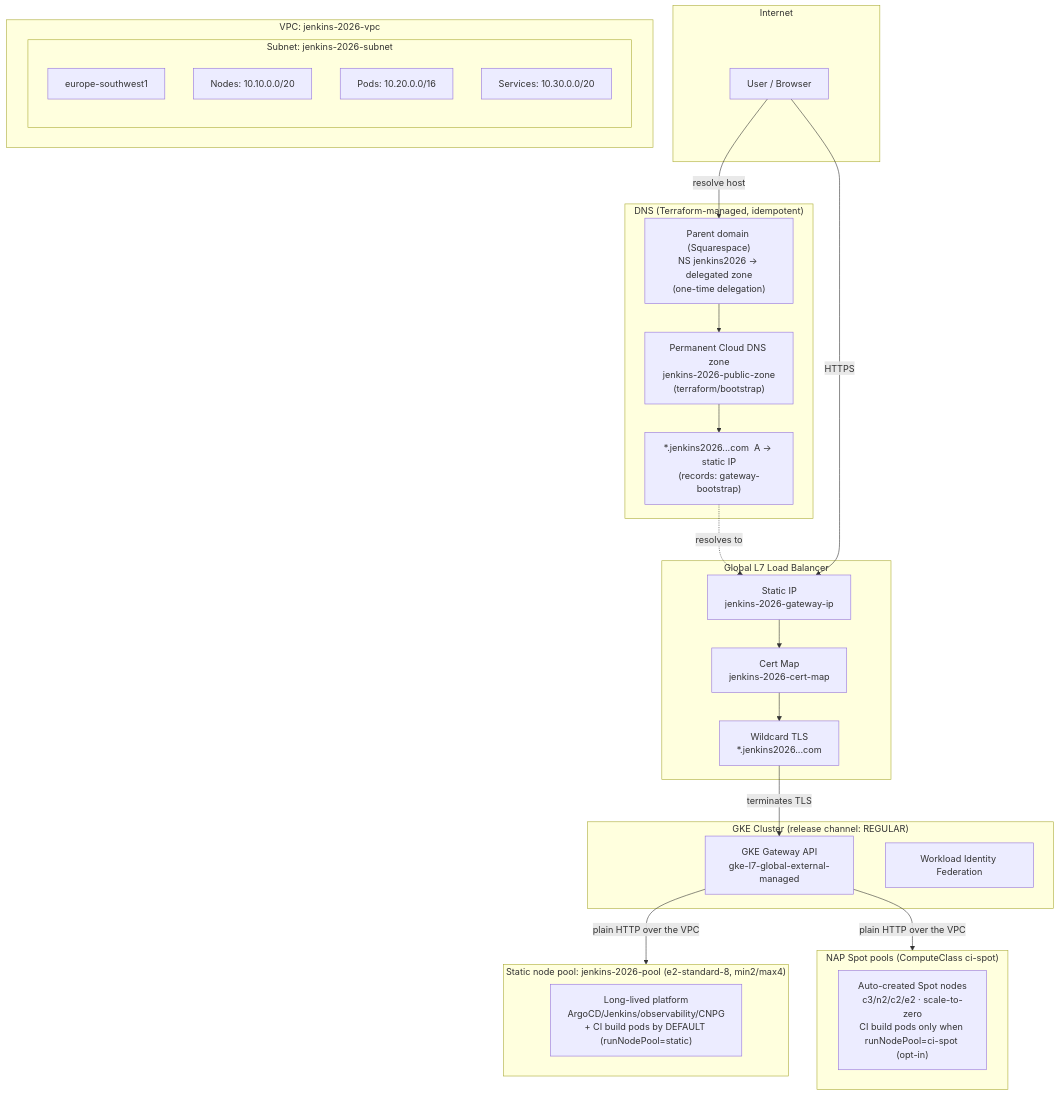
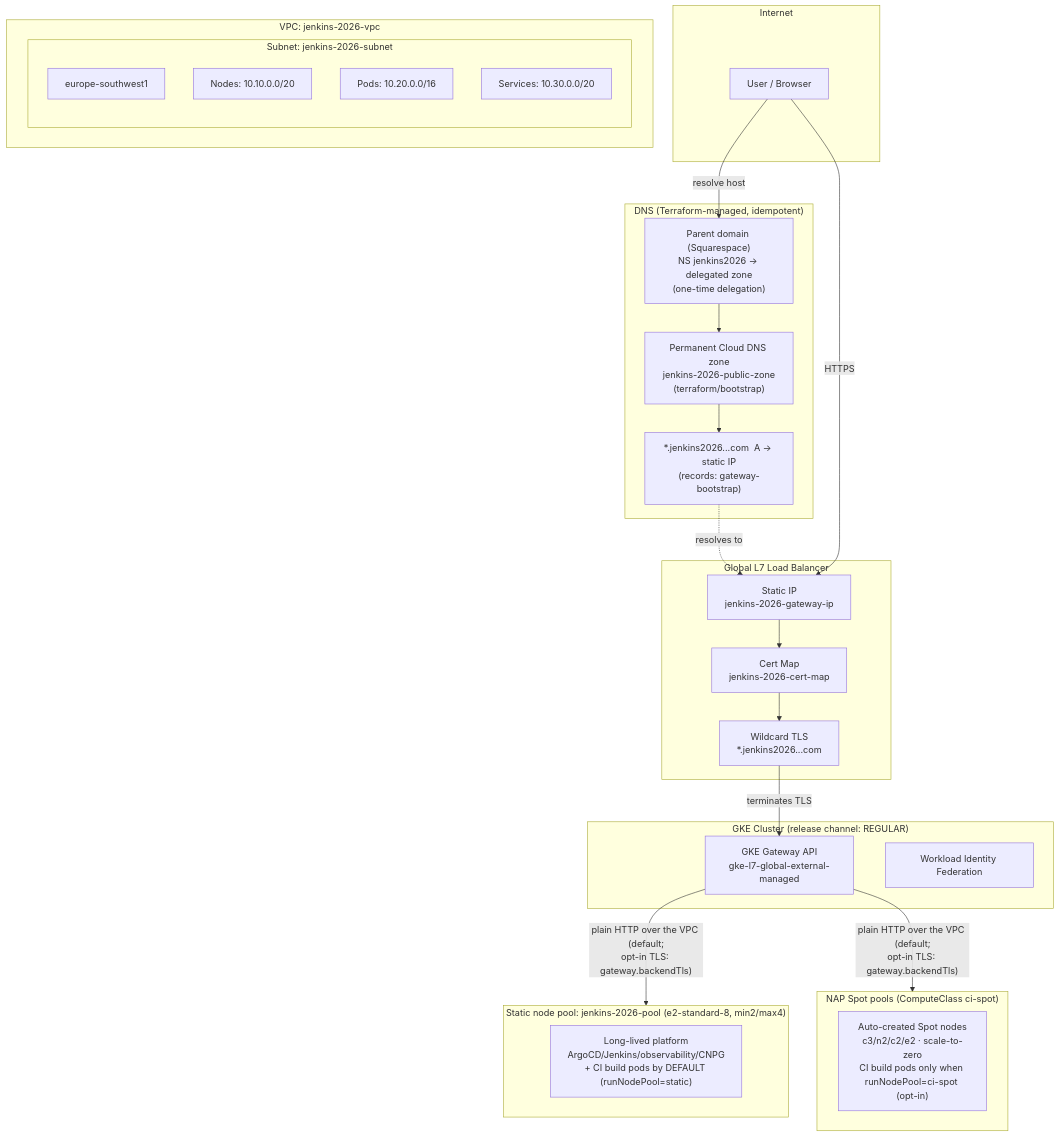
Diagram 11 of 11 in docs/201-ARCHITECTURE.md (nubenetes/jenkins-2026), drawn with Mermaid before and after one commit. The commit also changed other lines of this file and 21 other files, not shown here.

First line of the commit message:
feat(gateway): opt-in backend TLS — LB→pod re-encryption via cert-manager + BackendTLSPolicy (stage 1: Headlamp) (#554)

````diff
--- a/docs/201-ARCHITECTURE.md
+++ b/docs/201-ARCHITECTURE.md
@@ -1034,50 +1036,50 @@
 ```mermaid
 graph TD
     subgraph Internet ["Internet"]
         User["User / Browser"]
     end
 
     subgraph DNS ["DNS (Terraform-managed, idempotent)"]
         ParentNS["Parent domain (Squarespace)<br/>NS jenkins2026 → delegated zone<br/>(one-time delegation)"]
         Zone["Permanent Cloud DNS zone<br/>jenkins-2026-public-zone<br/>(terraform/bootstrap)"]
         WildcardA["*.jenkins2026...com  A → static IP<br/>(records: gateway-bootstrap)"]
         ParentNS --> Zone --> WildcardA
     end
 
     subgraph GlobalLB ["Global L7 Load Balancer"]
         StaticIP["Static IP<br>jenkins-2026-gateway-ip"]
         CertMap["Cert Map<br>jenkins-2026-cert-map"]
         WildcardTLS["Wildcard TLS<br>*.jenkins2026...com"]
     end
 
     subgraph VPC ["VPC: jenkins-2026-vpc"]
         subgraph Subnet ["Subnet: jenkins-2026-subnet"]
             SubnetInfo["europe-southwest1"]
             NodeRange["Nodes: 10.10.0.0/20"]
             PodRange["Pods: 10.20.0.0/16"]
             SvcRange["Services: 10.30.0.0/20"]
         end
     end
 
     subgraph Cluster ["GKE Cluster (release channel: REGULAR)"]
         GatewayAPI["GKE Gateway API<br/>gke-l7-global-external-managed"]
         WI["Workload Identity Federation"]
     end
 
     subgraph StaticPool ["Static node pool: jenkins-2026-pool (e2-standard-8, min2/max4)"]
         StaticInfo["Long-lived platform<br/>ArgoCD/Jenkins/observability/CNPG<br/>+ CI build pods by DEFAULT (runNodePool=static)"]
     end
 
     subgraph NAPSpotPool ["NAP Spot pools (ComputeClass ci-spot)"]
         PoolInfo["Auto-created Spot nodes<br/>c3/n2/c2/e2 · scale-to-zero<br/>CI build pods only when runNodePool=ci-spot (opt-in)"]
     end
 
     User -->|"resolve host"| ParentNS
     WildcardA -.->|"resolves to"| StaticIP
     User -->|"HTTPS"| StaticIP
     StaticIP --> CertMap
     CertMap --> WildcardTLS
     WildcardTLS -->|"terminates TLS"| GatewayAPI
-    GatewayAPI -->|"plain HTTP over the VPC"| StaticPool
-    GatewayAPI -->|"plain HTTP over the VPC"| NAPSpotPool
+    GatewayAPI -->|"plain HTTP over the VPC (default;<br/>opt-in TLS: gateway.backendTls)"| StaticPool
+    GatewayAPI -->|"plain HTTP over the VPC (default;<br/>opt-in TLS: gateway.backendTls)"| NAPSpotPool
 ```
````
